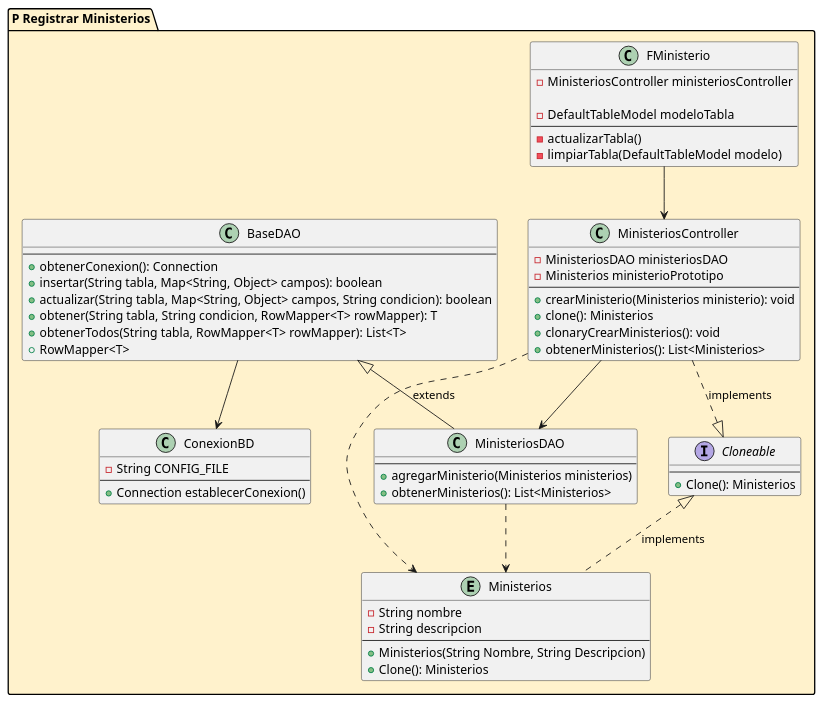
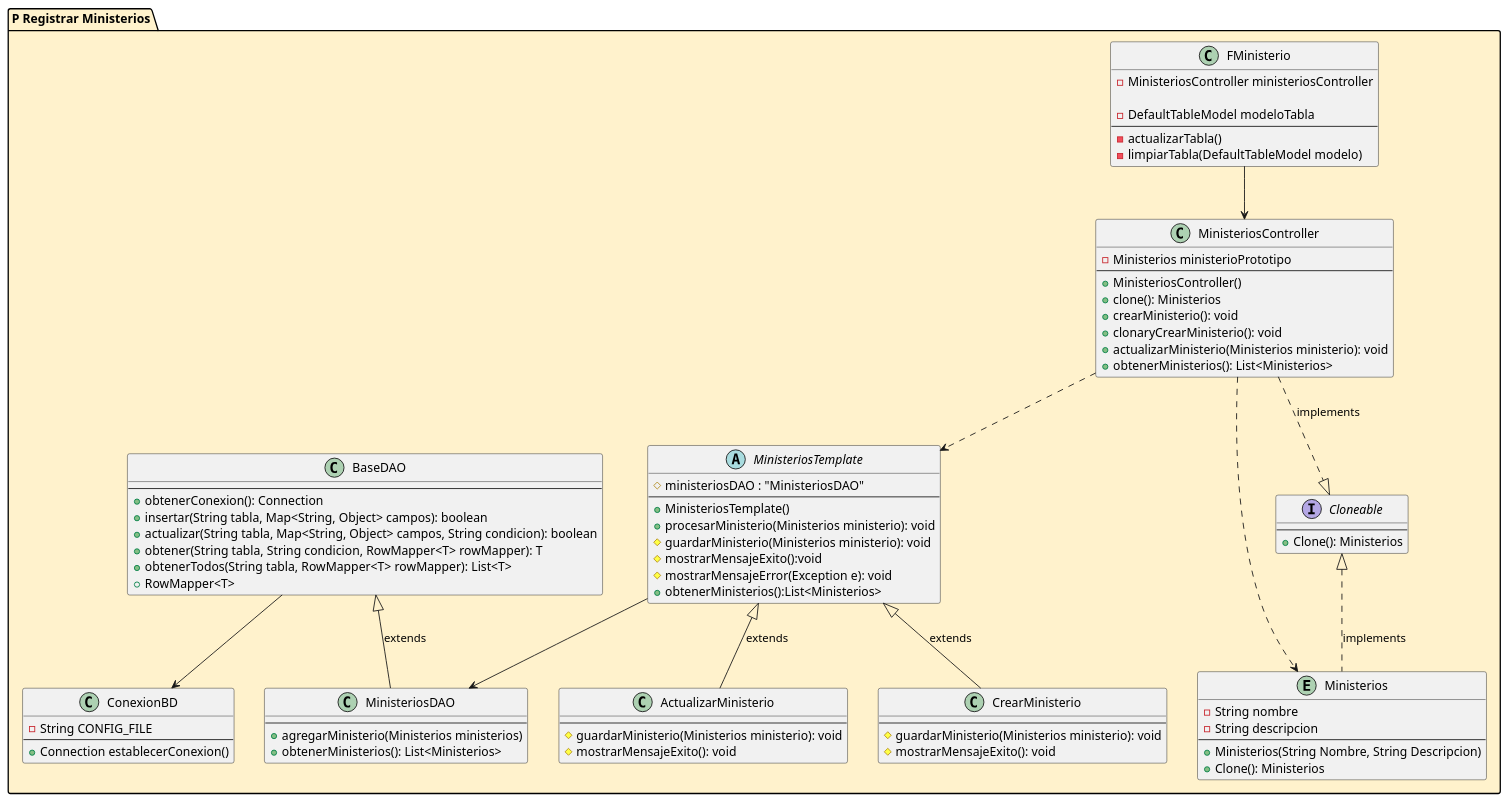
Before and after one commit to jeulate/proyig1: the diagram in src/utils/Mministerio.puml, drawn with PlantUML. The commit also changed 18 other files, not shown here.

```diff
--- a/src/utils/Mministerio.puml
+++ b/src/utils/Mministerio.puml
@@ -1,64 +1,88 @@
 @startuml
 package "P Registrar Ministerios" #FFF2CC {
   class "FMinisterio" as fministerio {
   -MinisteriosController ministeriosController
 
   -DefaultTableModel modeloTabla
   --
   -actualizarTabla()
   -limpiarTabla(DefaultTableModel modelo)
   }
   class "MinisteriosController" as ctrministerio{
-  -MinisteriosDAO ministeriosDAO
   -Ministerios ministerioPrototipo
   --
-  +crearMinisterio(Ministerios ministerio): void
+  +MinisteriosController()
   +clone(): Ministerios
-  +clonaryCrearMinisterios(): void
+  +crearMinisterio(): void
+  +clonaryCrearMinisterio(): void
+  +actualizarMinisterio(Ministerios ministerio): void
   +obtenerMinisterios(): List<Ministerios>
+  }
+  abstract class MinisteriosTemplate{
+  # ministeriosDAO : "MinisteriosDAO"
+  --
+  +MinisteriosTemplate()
+  +procesarMinisterio(Ministerios ministerio): void
+  #guardarMinisterio(Ministerios ministerio): void
+  #mostrarMensajeExito():void
+  #mostrarMensajeError(Exception e): void
+  +obtenerMinisterios():List<Ministerios>
+  }
+
+  class "CrearMinisterio" as crMinisterio{
+    --
+    #guardarMinisterio(Ministerios ministerio): void
+    #mostrarMensajeExito(): void
+  }
+  class "ActualizarMinisterio" as actMinisterio{
+  --
+  #guardarMinisterio(Ministerios ministerio): void
+  #mostrarMensajeExito(): void
   }
 
   class "MinisteriosDAO" as daoministerios{
   --
   +agregarMinisterio(Ministerios ministerios)
   +obtenerMinisterios(): List<Ministerios>
   }
 
   class "BaseDAO" as daobase {
   --
   +obtenerConexion(): Connection
   +insertar(String tabla, Map<String, Object> campos): boolean
   +actualizar(String tabla, Map<String, Object> campos, String condicion): boolean
   +obtener(String tabla, String condicion, RowMapper<T> rowMapper): T
   +obtenerTodos(String tabla, RowMapper<T> rowMapper): List<T>
   +RowMapper<T>
   }
  class "ConexionBD" as bdconexion{
    -String CONFIG_FILE
    --
    +Connection establecerConexion()
   }
   entity "Ministerios" as ministerios{
       -String nombre
       -String descripcion
       --
       +Ministerios(String Nombre, String Descripcion)
       +Clone(): Ministerios
   }
   interface "Cloneable" as Prototype{
   --
   +Clone(): Ministerios
   }
 
   fministerio --> ctrministerio
-  ctrministerio --> daoministerios
   daobase <|-- daoministerios : extends
   ctrministerio ..> ministerios
-  daoministerios ..> ministerios
+  ctrministerio ..> MinisteriosTemplate
   daobase --> bdconexion
   Prototype<|.. ministerios : implements
   ctrministerio ..|> Prototype : implements
+  MinisteriosTemplate --> daoministerios
+  MinisteriosTemplate <|-- crMinisterio : extends
+  MinisteriosTemplate <|-- actMinisterio : extends
 }
 
 
 @enduml
```
